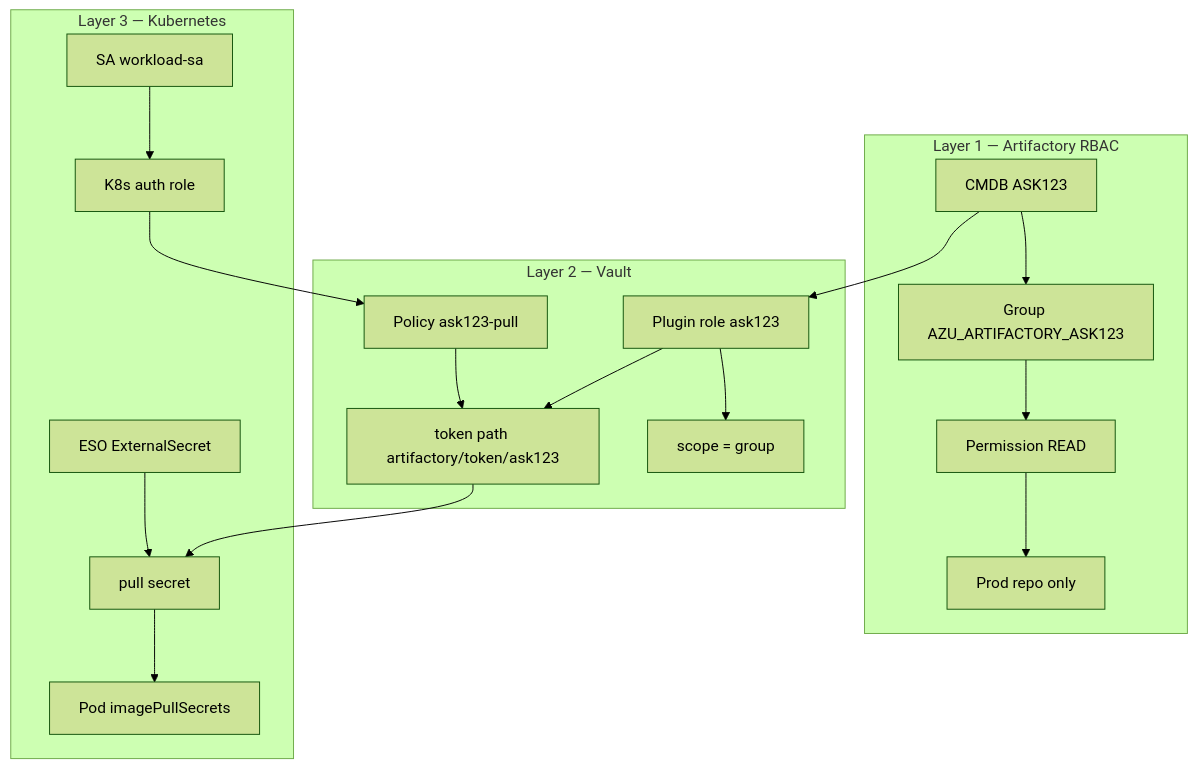
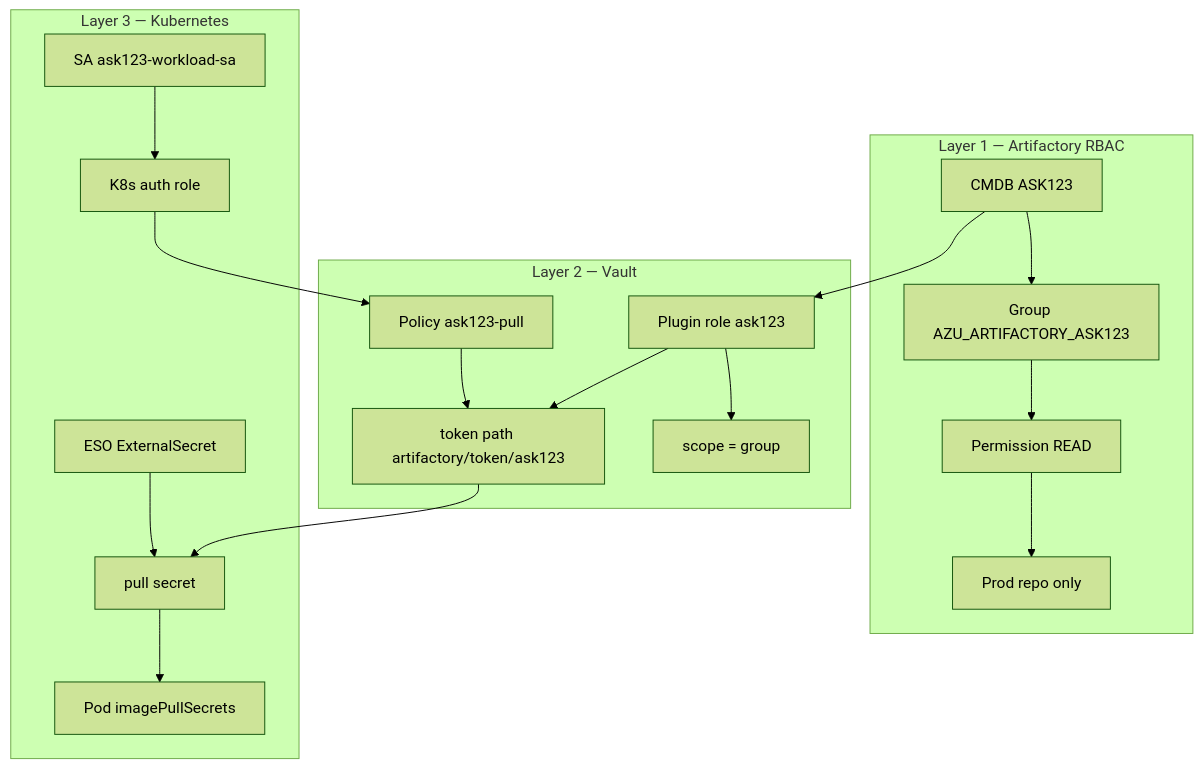
One commit to tomjfrog/vault-artifactory-lab changed the seventh of 7 diagrams in docs/visual-architecture.md. Above: the diagram before and after it, drawn with Mermaid (forest theme). The commit also changed other lines of this file and 15 other files, not shown here.

````diff
--- a/docs/visual-architecture.md
+++ b/docs/visual-architecture.md
@@ -343,24 +343,24 @@
 ```mermaid
 flowchart TB
     subgraph L1["Layer 1 — Artifactory RBAC"]
         CMDB1["CMDB ASK123"] --> G1["Group AZU_ARTIFACTORY_ASK123"]
         G1 --> PT1["Permission READ"]
         PT1 --> REPO1["Prod repo only"]
     end
 
     subgraph L2["Layer 2 — Vault"]
         CMDB1 --> VR1["Plugin role ask123"]
         VR1 --> S1["scope = group"]
         VR1 --> PATH1["token path artifactory/token/ask123"]
         POL1["Policy ask123-pull"] --> PATH1
     end
 
     subgraph L3["Layer 3 — Kubernetes"]
-        SA1["SA workload-sa"] --> KAUTH1["K8s auth role"]
+        SA1["SA ask123-workload-sa"] --> KAUTH1["K8s auth role"]
         KAUTH1 --> POL1
         ESO1["ESO ExternalSecret"] --> SEC1["pull secret"]
         SEC1 --> POD1["Pod imagePullSecrets"]
     end
 
     PATH1 --> SEC1
 ```
````
